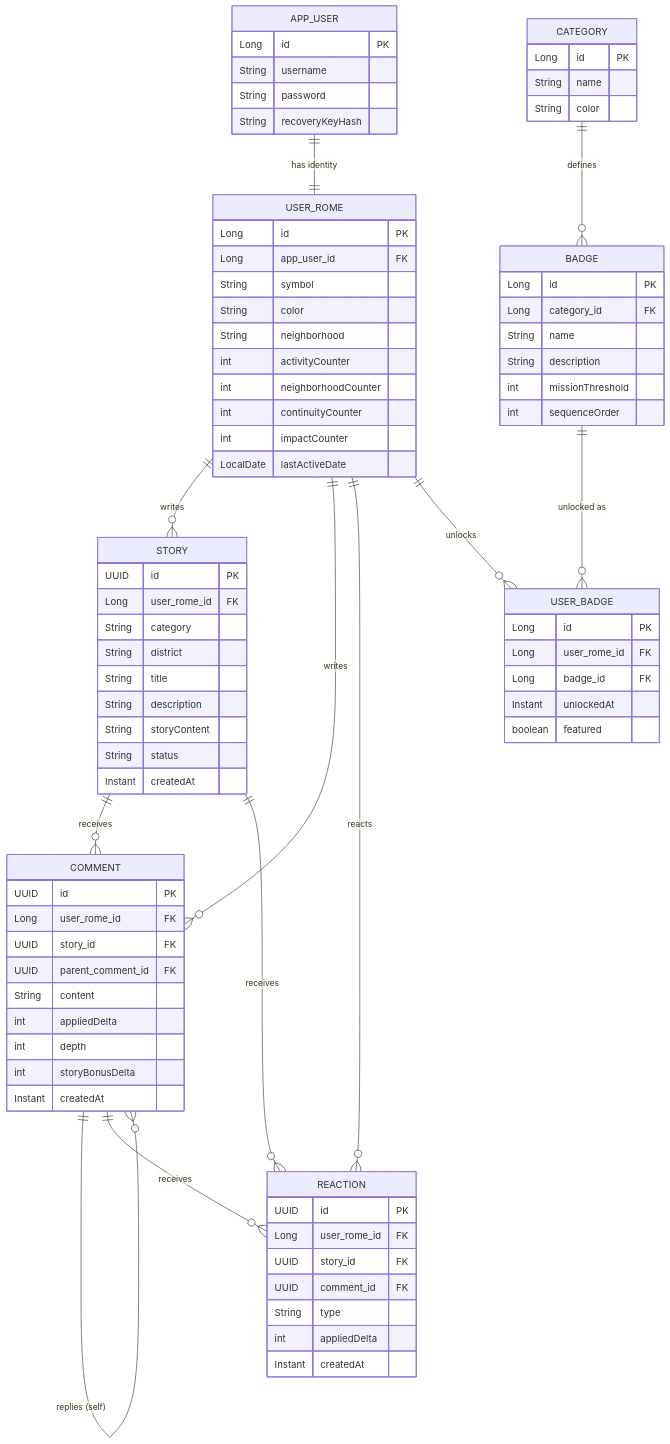
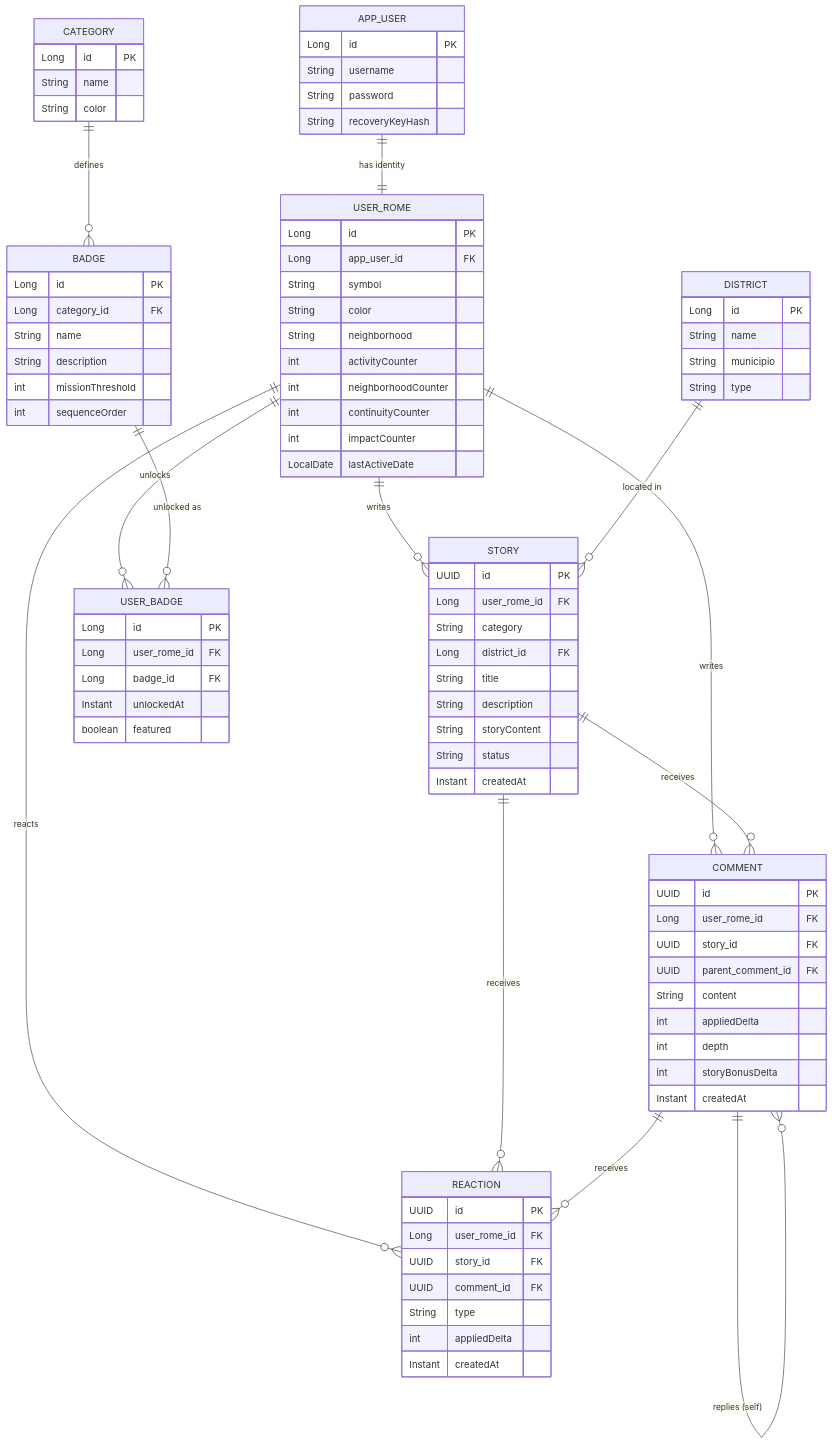
The diagram in docs/02-scoring-and-badges.md (andreaDevelope/City-Voice-API), drawn with Mermaid before and after one commit. The commit also changed other lines of this file, not shown here.

Commit message:
docs: document districts in scoring and ER diagram
- Neighborhood section links to the districts doc
- ER diagram: DISTRICT entity and Story.district_id FK

```diff
--- a/docs/02-scoring-and-badges.md
+++ b/docs/02-scoring-and-badges.md
@@ -88,6 +89,7 @@
 erDiagram
     APP_USER ||--|| USER_ROME : "has identity"
     USER_ROME ||--o{ STORY : "writes"
+    DISTRICT ||--o{ STORY : "located in"
     USER_ROME ||--o{ COMMENT : "writes"
     USER_ROME ||--o{ REACTION : "reacts"
     USER_ROME ||--o{ USER_BADGE : "unlocks"
@@ -117,12 +119,19 @@
         int impactCounter
         LocalDate lastActiveDate
     }
+    
+    DISTRICT {
+        Long id PK
+        String name
+        String municipio
+        String type
+    }
 
     STORY {
         UUID id PK
         Long user_rome_id FK
         String category
-        String district
+        Long district_id FK
         String title
         String description
         String storyContent
```
